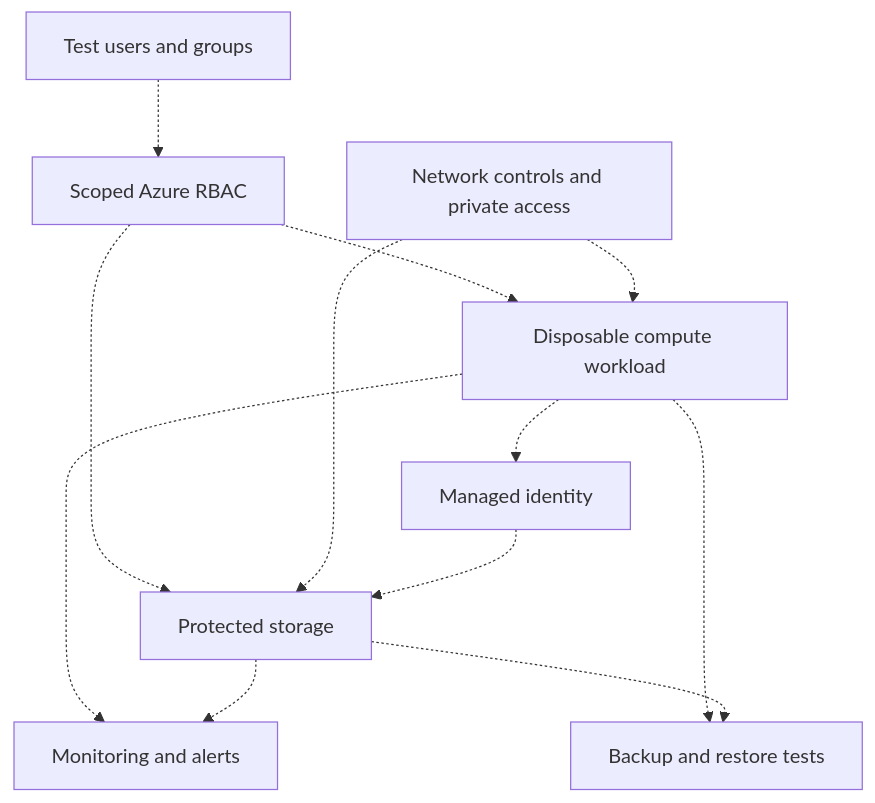
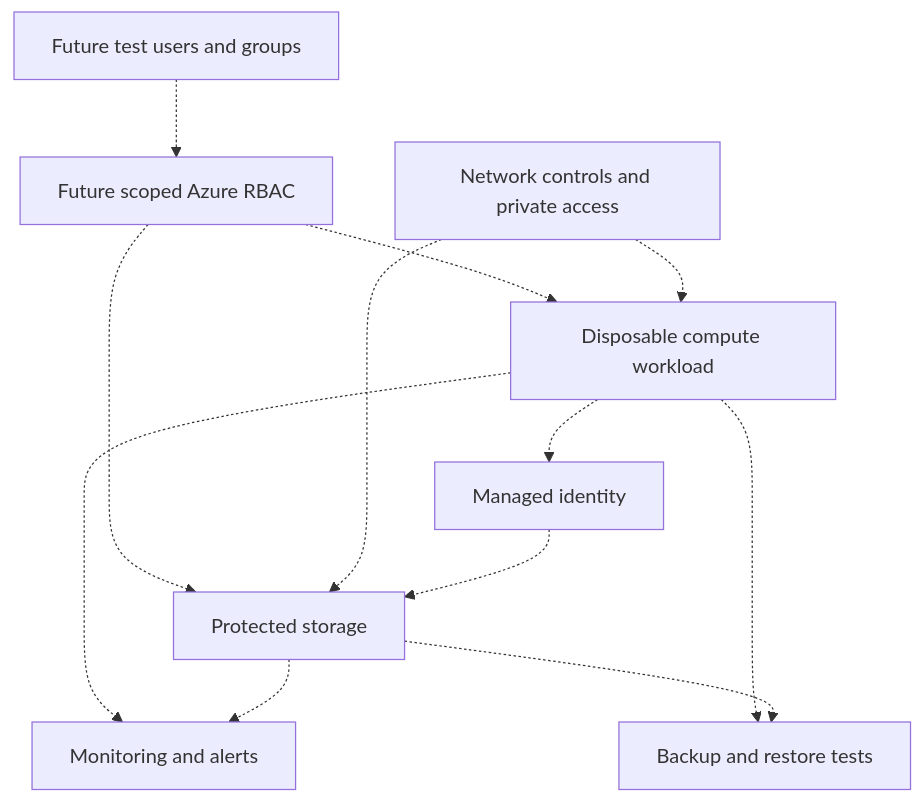
Before and after one commit to mattallen-it/mrtg-az104-azure-administration: the diagram in docs/architecture.md, drawn with Mermaid. The commit also changed other lines of this file and 5 other files, not shown here.

````diff
--- a/docs/architecture.md
+++ b/docs/architecture.md
@@ -19,14 +21,14 @@
 ```mermaid
 flowchart TD
-    U["Test users and groups"] -.-> R["Scoped Azure RBAC"]
+    U["Future test users and groups"] -.-> R["Future scoped Azure RBAC"]
     R -.-> C["Disposable compute workload"]
     R -.-> S["Protected storage"]
     N["Network controls and private access"] -.-> C
     N -.-> S
     C -.-> M["Managed identity"]
     M -.-> S
     C -.-> O["Monitoring and alerts"]
     S -.-> O
     C -.-> B["Backup and restore tests"]
     S -.-> B
 ```
````
